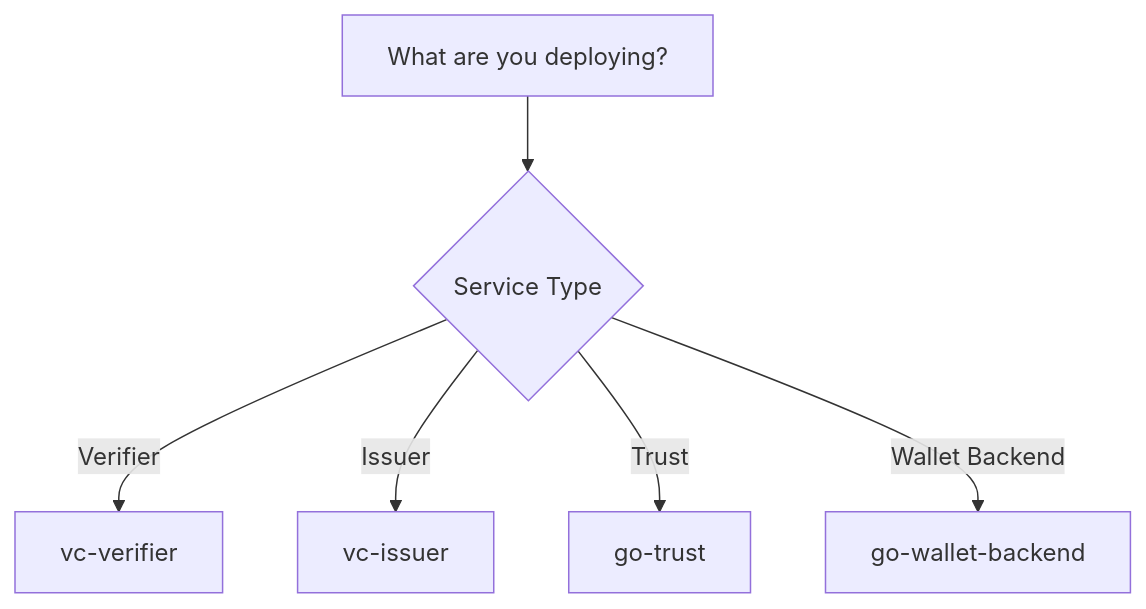
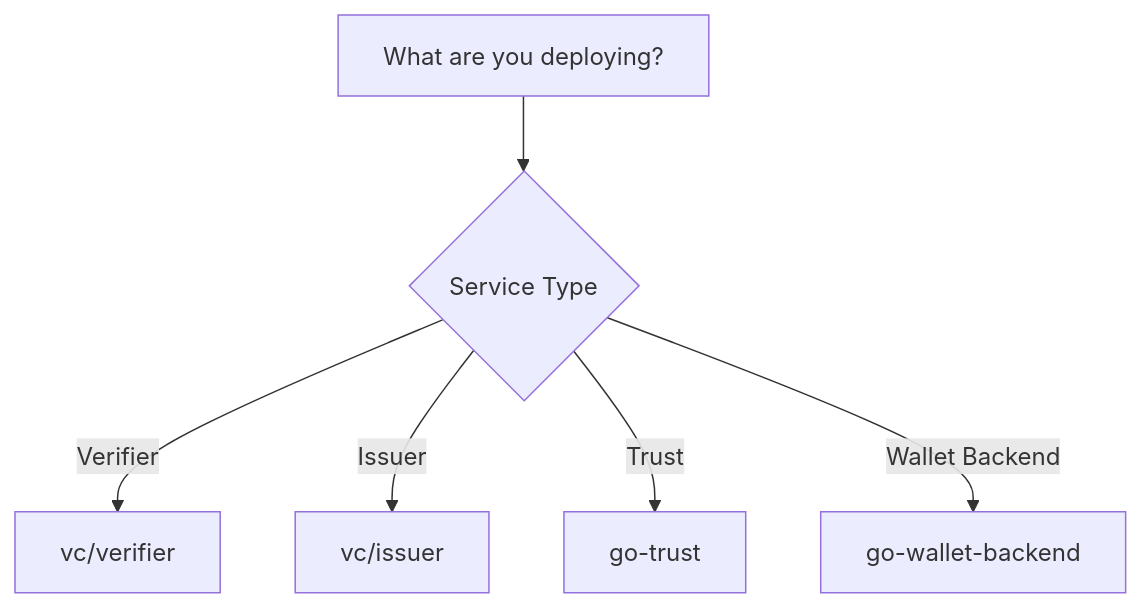
The diagram in docs/sirosid/operations/docker-images.md (sirosfoundation/docs), drawn with Mermaid before and after one commit. The commit also changed other lines of this file and 7 other files, not shown here.

````diff
--- a/docs/sirosid/operations/docker-images.md
+++ b/docs/sirosid/operations/docker-images.md
@@ -124,8 +123,8 @@
 ```mermaid
 flowchart TD
     A[What are you deploying?] --> B{Service Type}
-    B -->|Verifier| C[vc-verifier]
-    B -->|Issuer| D[vc-issuer]
+    B -->|Verifier| C[vc/verifier]
+    B -->|Issuer| D[vc/issuer]
     B -->|Trust| E[go-trust]
     B -->|Wallet Backend| F[go-wallet-backend]
 ```
````
